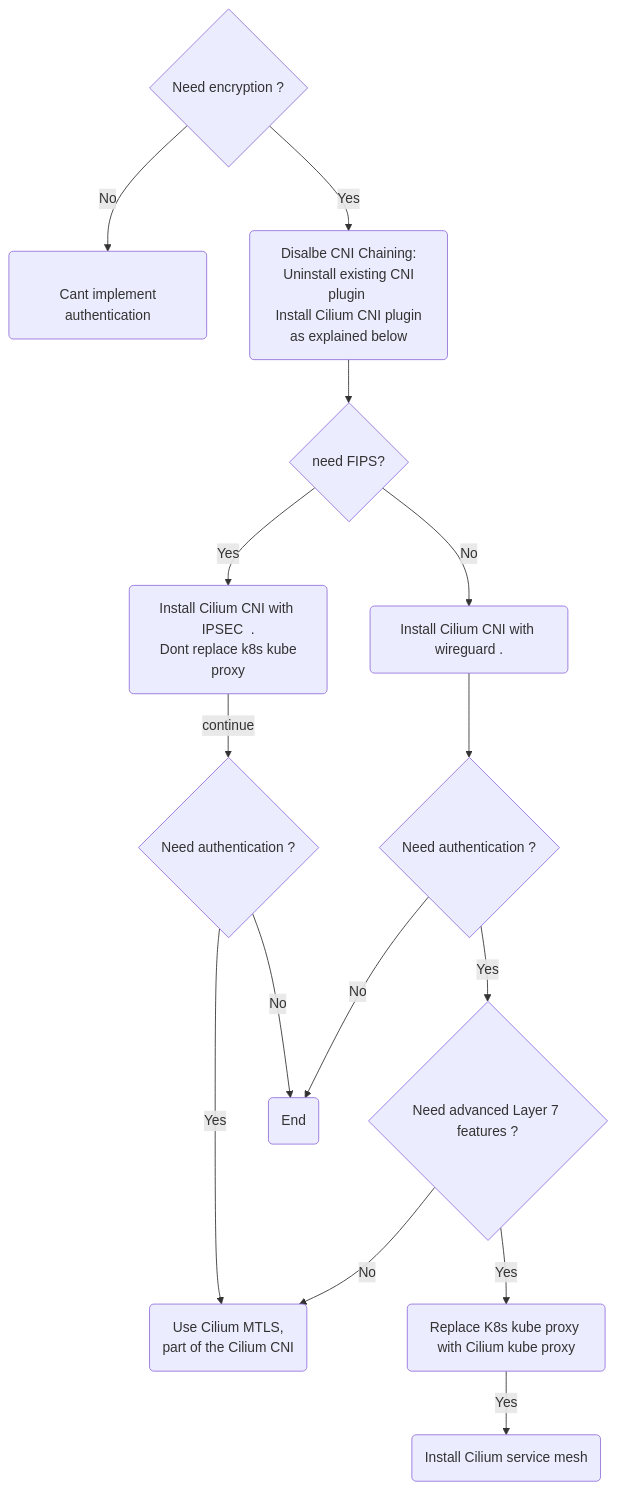
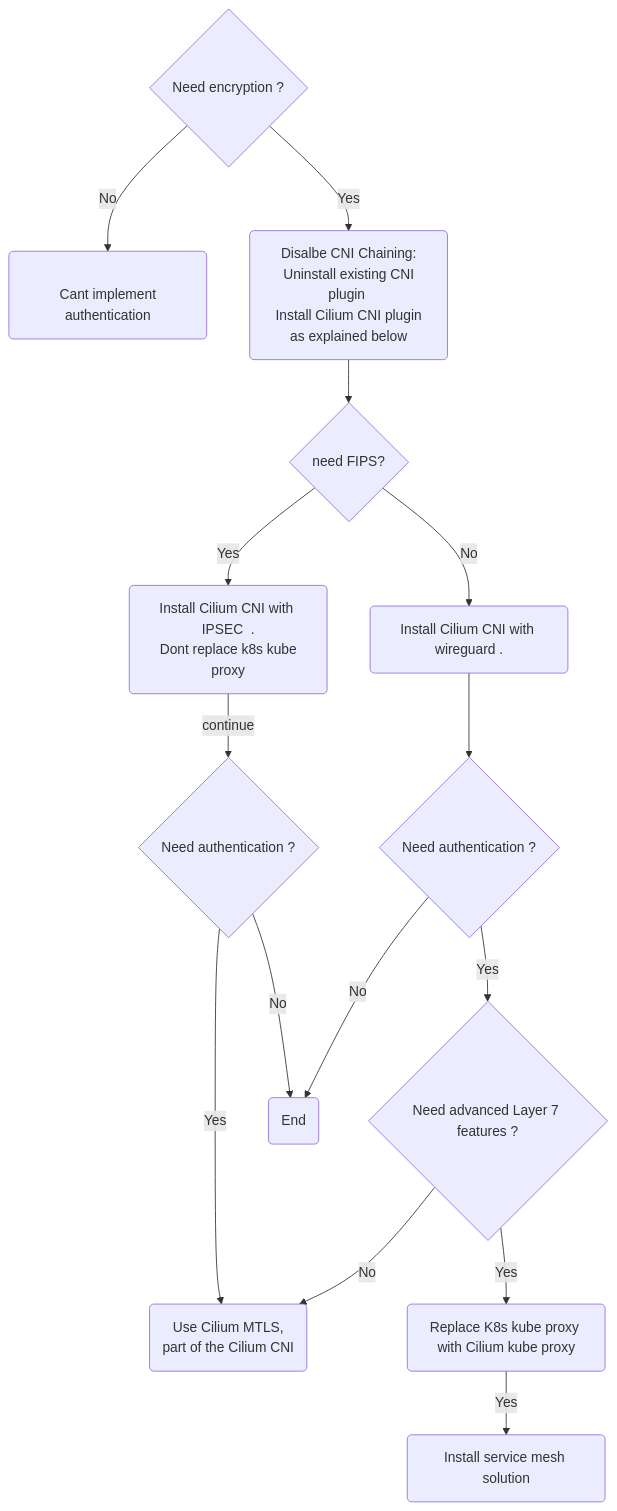
The diagram in README.md (yanivpaz/cilium-deployment), drawn with Mermaid before and after one commit.

````diff
--- a/README.md
+++ b/README.md
@@ -10,26 +10,26 @@
 ```mermaid
 graph TD
 A{Need encryption ? }
 A -->|No| Q( <br> Cant implement authentication) 
 
    
  B{Need advanced Layer 7 features ?} -->|No| D(Use Cilium MTLS,<Br> part of the Cilium CNI)
 B -->|Yes| E(Replace K8s kube proxy with Cilium kube proxy)
-E -->|Yes| M(Install Cilium service mesh)
+E -->|Yes| M(Install service mesh solution)
 
 
 
 A -->|Yes |H(Disalbe CNI Chaining:<br> Uninstall existing CNI plugin <br> Install Cilium CNI plugin as explained below )
 H -->  C{need FIPS?} -->|No| G(Install Cilium CNI with wireguard .)
 C -->|Yes | F(Install Cilium CNI with IPSEC  .<br> Dont replace k8s kube proxy)
 K -->|No| X(End)
 
 F -->|continue| T{Need authentication ?} 
 T -->|Yes| D
 
 G --> K{Need authentication ?} -->|Yes|B 
 T -->|No| X(End)
 
 
 
 ```
````
